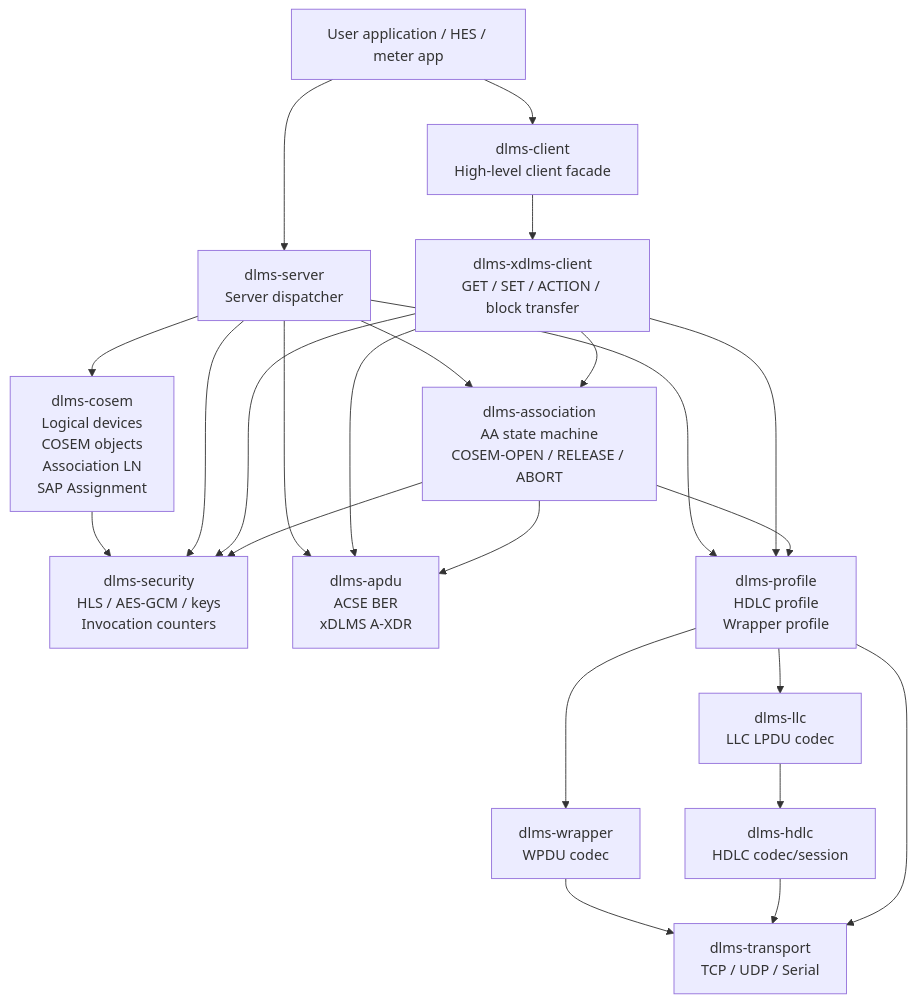
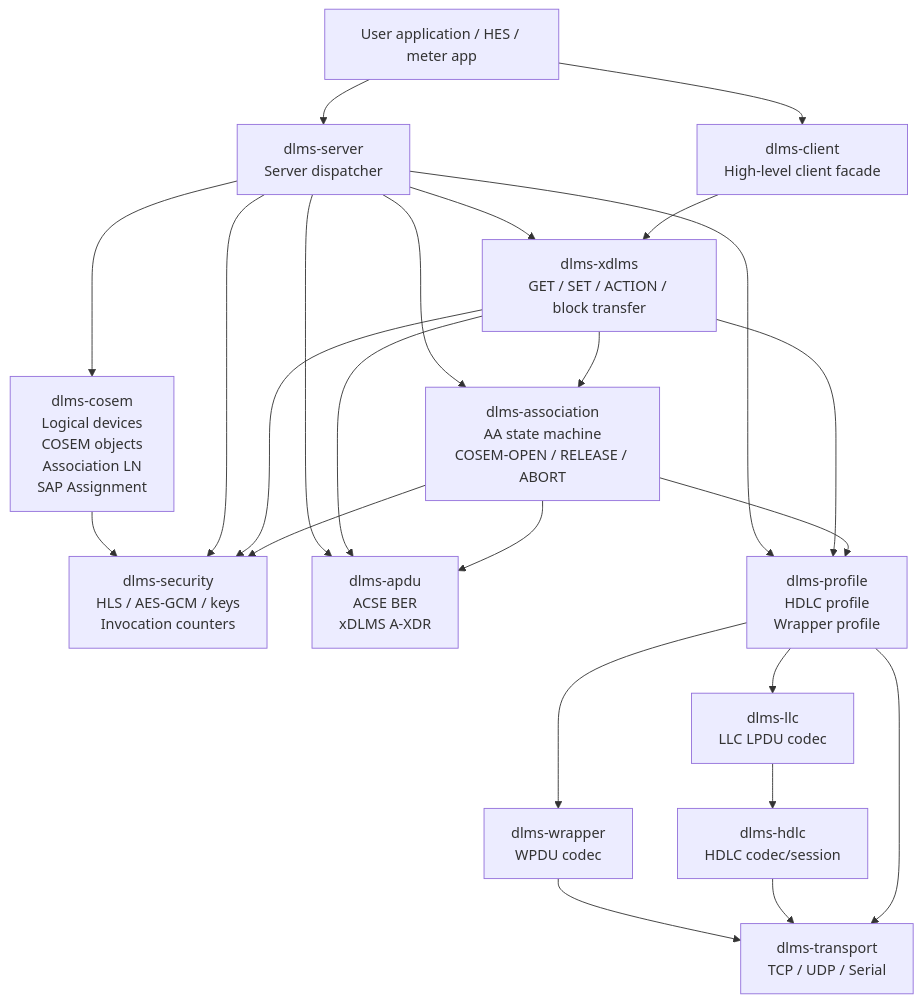
Before and after one commit to gvtret/dlms: the first of 11 diagrams in docs/system_architecture.md, drawn with Mermaid. The commit also changed other lines of this file and 2 other files, not shown here.

First line of the commit message:
build: rename xdlms submodule

````diff
--- a/docs/system_architecture.md
+++ b/docs/system_architecture.md
@@ -79,49 +79,50 @@
 ```mermaid
 flowchart TB
   App["User application / HES / meter app"]
 
   Client["dlms-client<br/>High-level client facade"]
   Server["dlms-server<br/>Server dispatcher"]
 
-  XClient["dlms-xdlms-client<br/>GET / SET / ACTION / block transfer"]
+  XDlms["dlms-xdlms<br/>GET / SET / ACTION / block transfer"]
   Assoc["dlms-association<br/>AA state machine<br/>COSEM-OPEN / RELEASE / ABORT"]
   Cosem["dlms-cosem<br/>Logical devices<br/>COSEM objects<br/>Association LN<br/>SAP Assignment"]
   Security["dlms-security<br/>HLS / AES-GCM / keys<br/>Invocation counters"]
 
   Apdu["dlms-apdu<br/>ACSE BER<br/>xDLMS A-XDR"]
   Profile["dlms-profile<br/>HDLC profile<br/>Wrapper profile"]
   Transport["dlms-transport<br/>TCP / UDP / Serial"]
 
   Wrapper["dlms-wrapper<br/>WPDU codec"]
   LLC["dlms-llc<br/>LLC LPDU codec"]
   HDLC["dlms-hdlc<br/>HDLC codec/session"]
 
   App --> Client
   App --> Server
 
-  Client --> XClient
-  XClient --> Assoc
+  Client --> XDlms
+  XDlms --> Assoc
   Server --> Assoc
+  Server --> XDlms
   Server --> Cosem
 
   Assoc --> Security
-  XClient --> Security
+  XDlms --> Security
   Server --> Security
 
   Assoc --> Apdu
-  XClient --> Apdu
+  XDlms --> Apdu
   Server --> Apdu
 
   Assoc --> Profile
-  XClient --> Profile
+  XDlms --> Profile
   Server --> Profile
 
   Profile --> Wrapper
   Profile --> LLC
   LLC --> HDLC
   Profile --> Transport
   HDLC --> Transport
   Wrapper --> Transport
 
   Cosem --> Security
 ```
````
